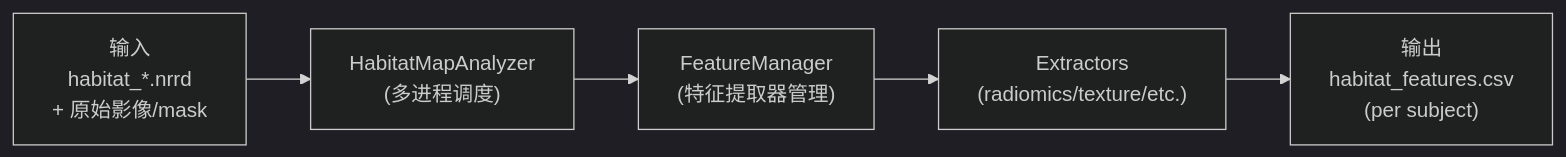
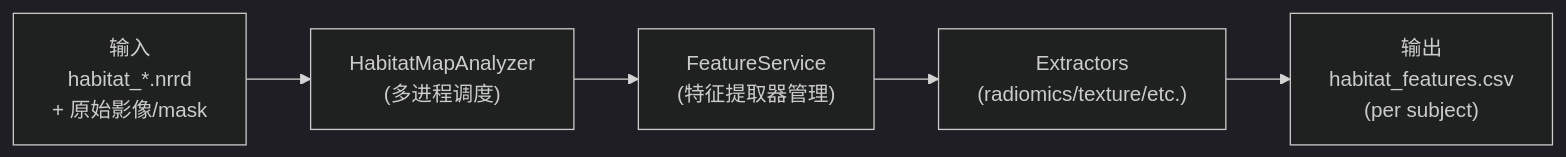
One commit to lichao312214129/HABIT changed the fourth of 5 diagrams in docs/source/development/architecture.md. Above: the diagram before and after it, drawn with Mermaid (dark theme). The commit also changed other lines of this file and 39 other files, not shown here.

````diff
--- a/docs/source/development/architecture.md
+++ b/docs/source/development/architecture.md
@@ -332,7 +332,7 @@
 ```mermaid
 graph LR
     Input["输入<br/>habitat_*.nrrd<br/>+ 原始影像/mask"] --> HMA["HabitatMapAnalyzer<br/>(多进程调度)"]
-    HMA --> FM["FeatureManager<br/>(特征提取器管理)"]
+    HMA --> FM["FeatureService<br/>(特征提取器管理)"]
     FM --> Ext["Extractors<br/>(radiomics/texture/etc.)"]
     Ext --> Output["输出<br/>habitat_features.csv<br/>(per subject)"]
 ```
````
